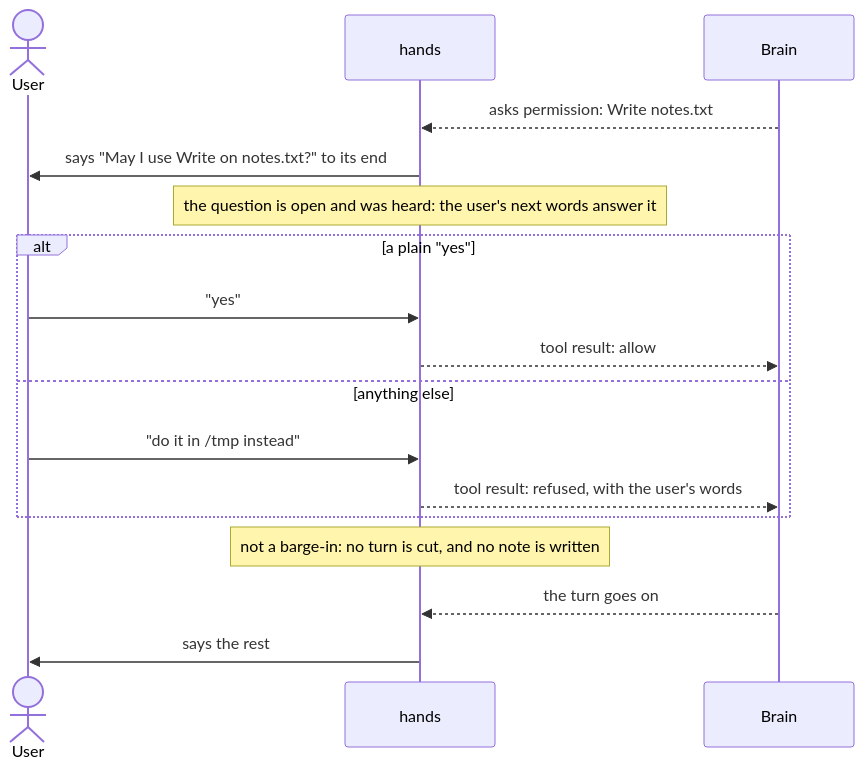
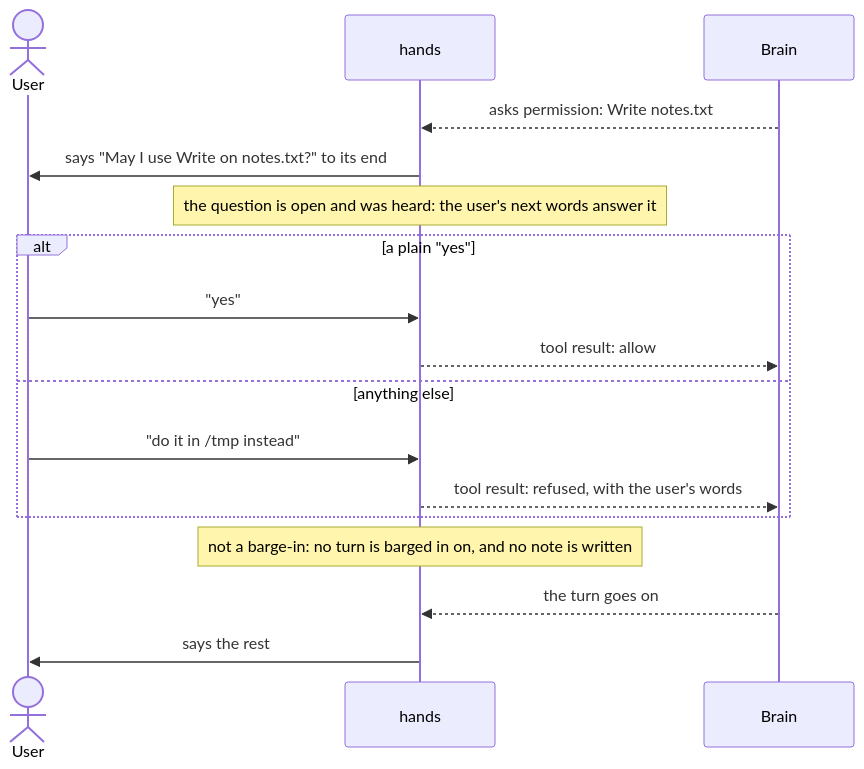
One commit to promptctl/cc-hands changed the fifth of 7 diagrams in docs/barge-in.md. Above: the diagram before and after it, drawn with Mermaid. The commit also changed other lines of this file and 32 other files, not shown here.

Commit message:
barge-in: the cut, CutOff, SpokenOver and cut_in are named barge-in, as VoiceXML names it (promptctl-vocabulary-5uk4.2g1)

````diff
--- a/docs/barge-in.md
+++ b/docs/barge-in.md
@@ -296,19 +295,19 @@
 ```mermaid
 sequenceDiagram
     actor U as User
     participant H as hands
     participant B as Brain
     B-->>H: asks permission: Write notes.txt
     H->>U: says "May I use Write on notes.txt?" to its end
     Note over H: the question is open and was heard: the user's next words answer it
     alt a plain "yes"
         U->>H: "yes"
         H-->>B: tool result: allow
     else anything else
         U->>H: "do it in /tmp instead"
         H-->>B: tool result: refused, with the user's words
     end
-    Note over H: not a barge-in: no turn is cut, and no note is written
+    Note over H: not a barge-in: no turn is barged in on, and no note is written
     B-->>H: the turn goes on
     H->>U: says the rest
 ```
````
